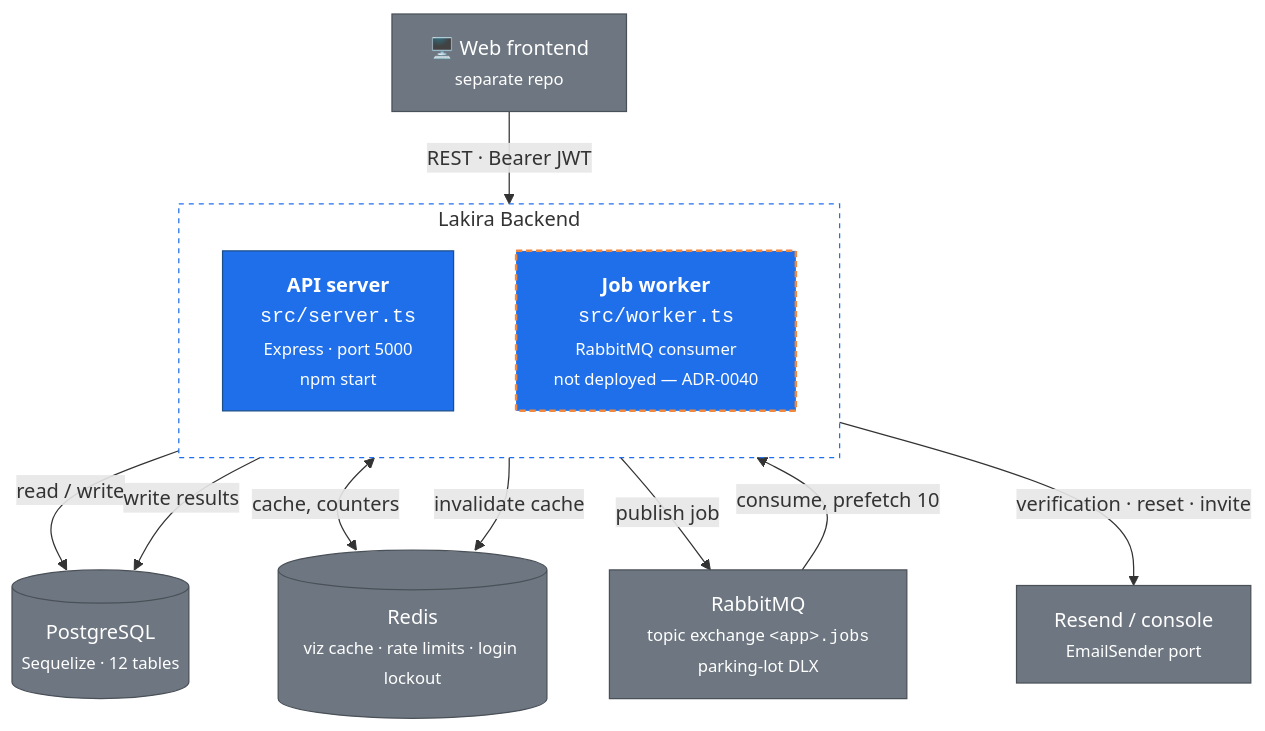
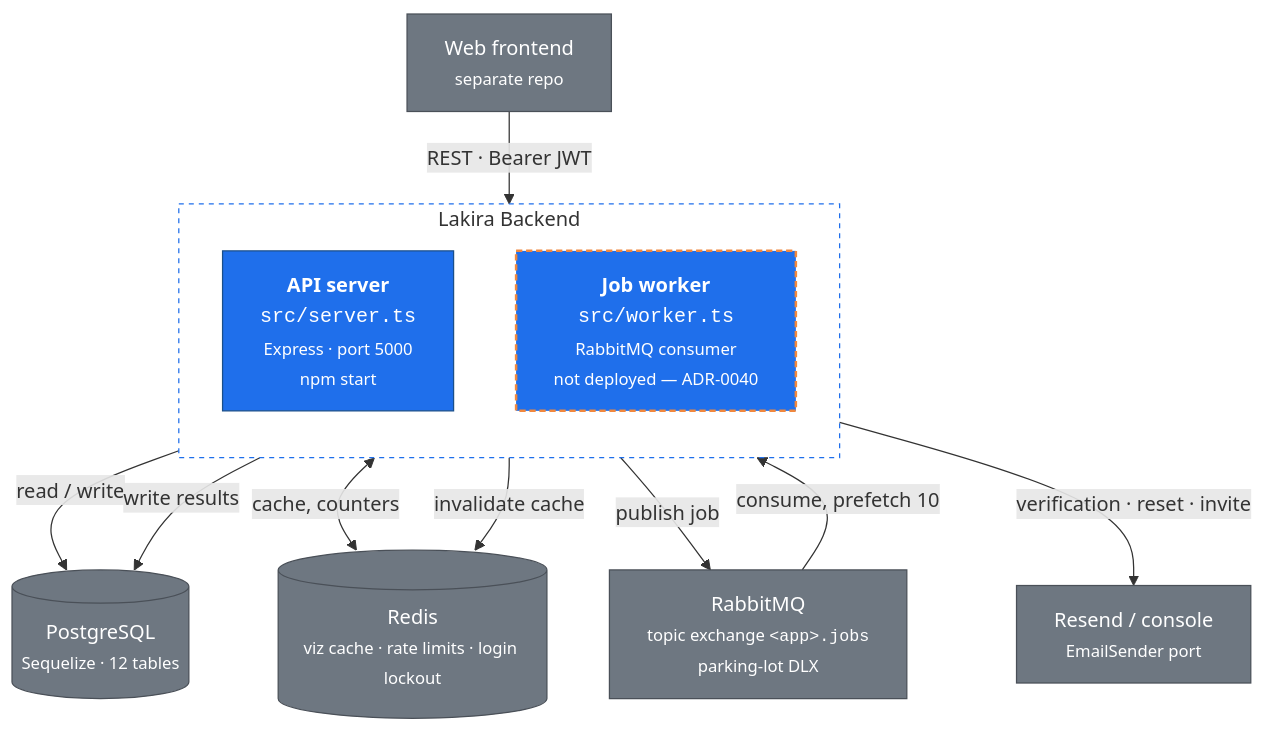
The first of 2 diagrams in docs/explanation/architecture/c4-containers.md (dimaszisby/lakira-backend), drawn with Mermaid before and after one commit. The commit also changed 61 other files, not shown here.

````diff
--- a/docs/explanation/architecture/c4-containers.md
+++ b/docs/explanation/architecture/c4-containers.md
@@ -14,34 +14,34 @@
 ```mermaid
 graph TB
-    web["🖥️ Web frontend<br/><small>separate repo</small>"]
+    web["Web frontend<br/><small>separate repo</small>"]
 
     subgraph sys ["Lakira Backend"]
         direction TB
         api["<b>API server</b><br/><code>src/server.ts</code><br/><small>Express · port 5000<br/>npm start</small>"]
         worker["<b>Job worker</b><br/><code>src/worker.ts</code><br/><small>RabbitMQ consumer<br/>not deployed — ADR-0040</small>"]
     end
 
     pg[("PostgreSQL<br/><small>Sequelize · 12 tables</small>")]
     redis[("Redis<br/><small>viz cache · rate limits · login lockout</small>")]
     mq["RabbitMQ<br/><small>topic exchange <code>&lt;app&gt;.jobs</code><br/>parking-lot DLX</small>"]
     mail["Resend / console<br/><small>EmailSender port</small>"]
 
     web -->|"REST · Bearer JWT"| api
 
     api -->|"read / write"| pg
     api <-->|"cache, counters"| redis
     api -->|"publish job"| mq
     api -->|"verification · reset · invite"| mail
 
     mq -->|"consume, prefetch 10"| worker
     worker -->|"write results"| pg
     worker -->|"invalidate cache"| redis
 
     classDef proc fill:#1f6feb,stroke:#1a4f8a,color:#fff
     classDef undeployed fill:#1f6feb,stroke:#f0883e,stroke-width:2px,stroke-dasharray:5 3,color:#fff
     classDef store fill:#6e7781,stroke:#4a5058,color:#fff
     class api proc
     class worker undeployed
     class pg,redis,mq,mail,web store
     style sys fill:none,stroke:#1f6feb,stroke-dasharray:4 4
 ```
````
